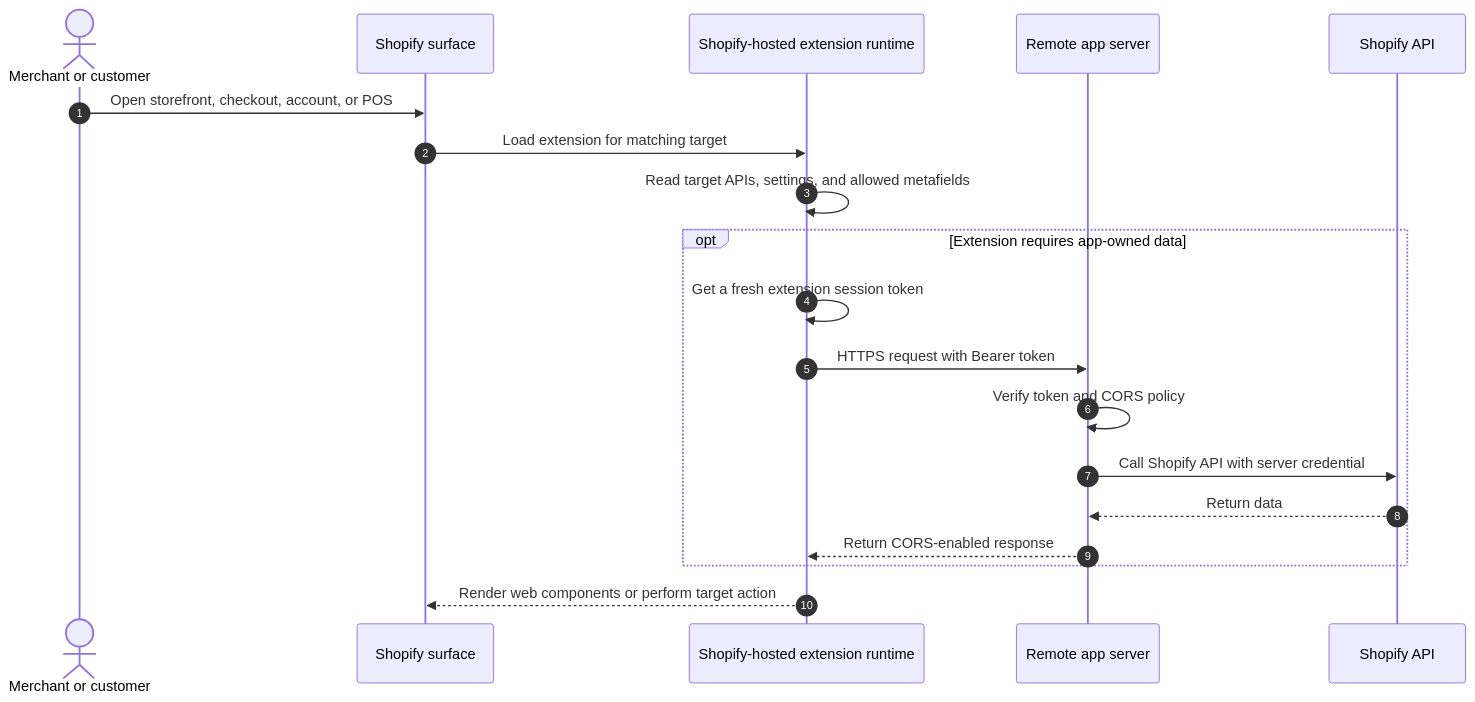
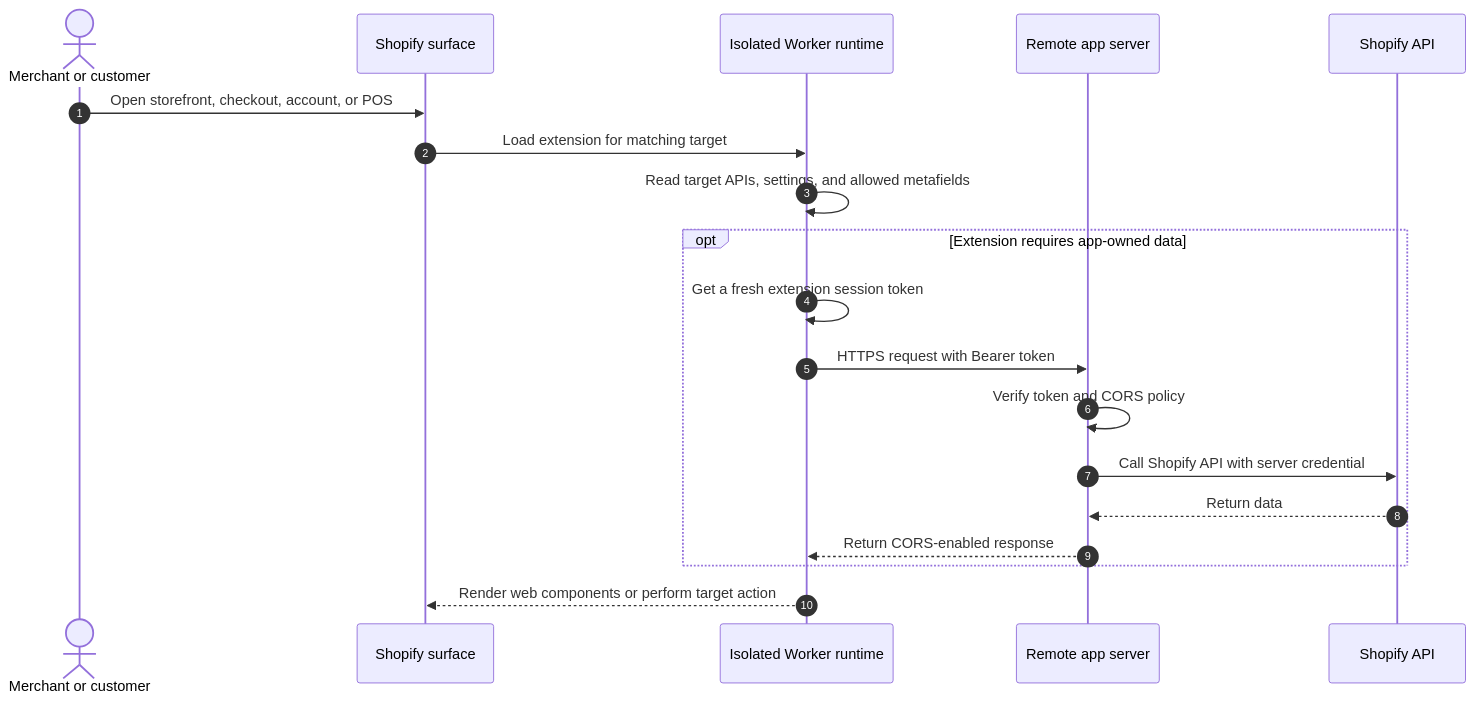
Before and after one commit to benzookapi/shopify-barebone-app-sample: the fifth of 6 diagrams in docs/ARCHITECTURE.md, drawn with Mermaid. The commit also changed other lines of this file and 5 other files, not shown here.

Commit message:
Document extension runtimes and service connector flow

````diff
--- a/docs/ARCHITECTURE.md
+++ b/docs/ARCHITECTURE.md
@@ -120,22 +157,22 @@
 ```mermaid
 sequenceDiagram
     autonumber
     actor User as Merchant or customer
     participant Surface as Shopify surface
-    participant Runtime as Shopify-hosted extension runtime
+    participant Runtime as Isolated Worker runtime
     participant App as Remote app server
     participant API as Shopify API
 
     User->>Surface: Open storefront, checkout, account, or POS
     Surface->>Runtime: Load extension for matching target
     Runtime->>Runtime: Read target APIs, settings, and allowed metafields
     opt Extension requires app-owned data
         Runtime->>Runtime: Get a fresh extension session token
         Runtime->>App: HTTPS request with Bearer token
         App->>App: Verify token and CORS policy
         App->>API: Call Shopify API with server credential
         API-->>App: Return data
         App-->>Runtime: Return CORS-enabled response
     end
     Runtime-->>Surface: Render web components or perform target action
 ```
````
